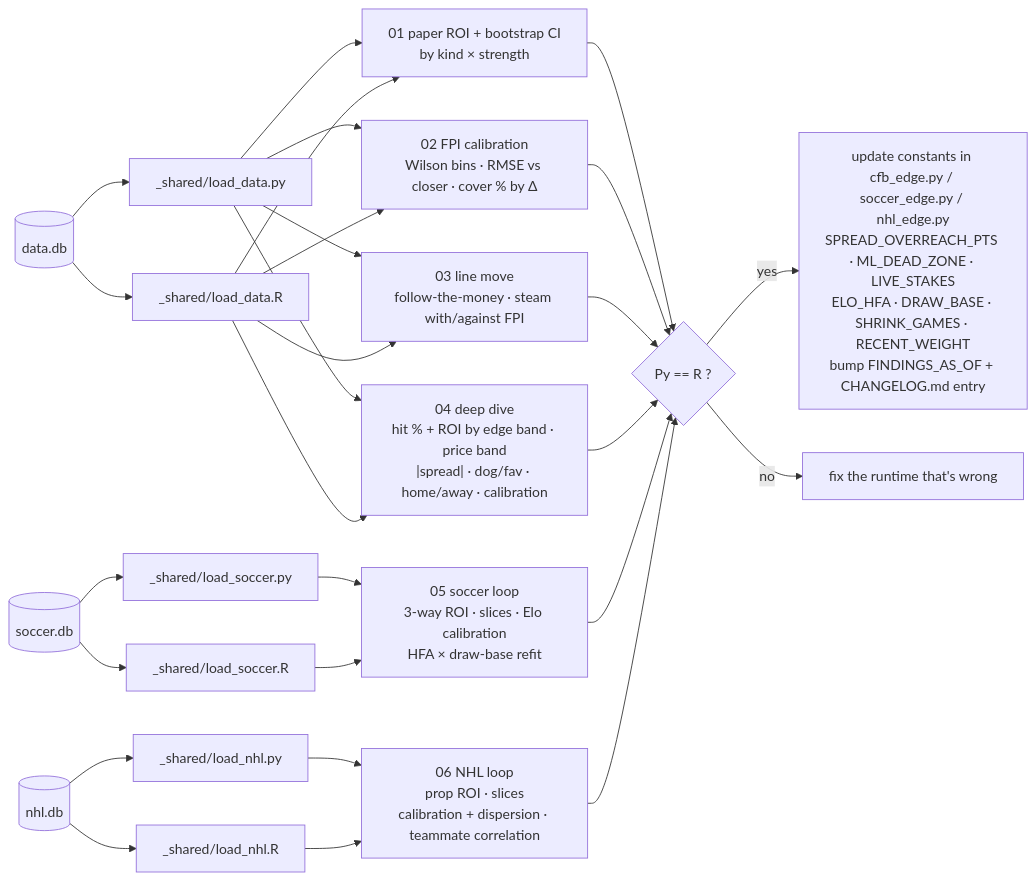
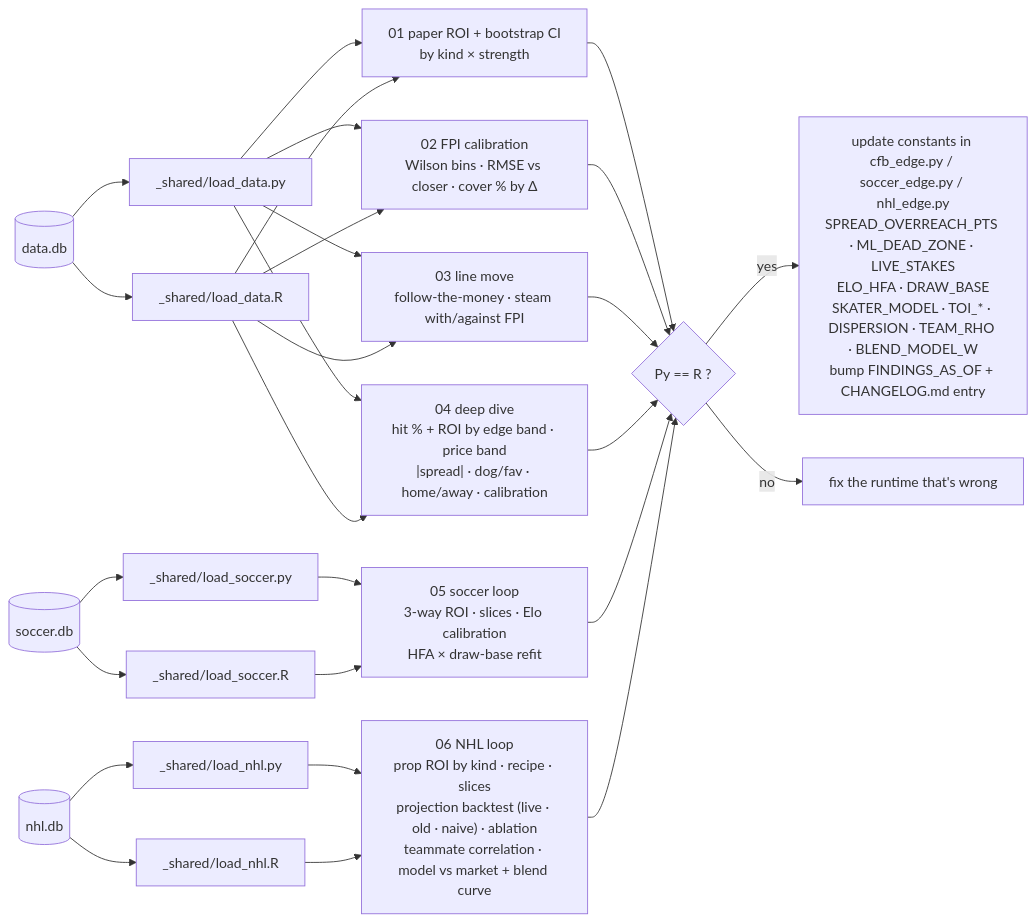
Before and after one commit to wbp318/cfb_soccer_nhl_2026_2027: the ninth of 27 diagrams in README.md, drawn with Mermaid. The commit also changed other lines of this file and 10 other files, not shown here.

````diff
--- a/README.md
+++ b/README.md
@@ -594,18 +595,18 @@
 ```mermaid
 flowchart LR
     DB[("data.db")] --> L1["_shared/load_data.py"]
     DB --> L2["_shared/load_data.R"]
     L1 & L2 --> S1["01 paper ROI + bootstrap CI\nby kind × strength"]
     L1 & L2 --> S2["02 FPI calibration\nWilson bins · RMSE vs closer · cover % by Δ"]
     L1 & L2 --> S3["03 line move\nfollow-the-money · steam with/against FPI"]
     L1 & L2 --> S4["04 deep dive\nhit % + ROI by edge band · price band\n|spread| · dog/fav · home/away · calibration"]
     SDB[("soccer.db")] --> L3["_shared/load_soccer.py"]
     SDB --> L4["_shared/load_soccer.R"]
     L3 & L4 --> S5["05 soccer loop\n3-way ROI · slices · Elo calibration\nHFA × draw-base refit"]
     NDB[("nhl.db")] --> L5["_shared/load_nhl.py"]
     NDB --> L6["_shared/load_nhl.R"]
-    L5 & L6 --> S6["06 NHL loop\nprop ROI · slices\ncalibration + dispersion · teammate correlation"]
+    L5 & L6 --> S6["06 NHL loop\nprop ROI by kind · recipe · slices\nprojection backtest (live · old · naive) · ablation\nteammate correlation · model vs market + blend curve"]
     S1 & S2 & S3 & S4 & S5 & S6 --> V{"Py == R ?"}
-    V -- yes --> C["update constants in cfb_edge.py / soccer_edge.py / nhl_edge.py\nSPREAD_OVERREACH_PTS · ML_DEAD_ZONE · LIVE_STAKES\nELO_HFA · DRAW_BASE · SHRINK_GAMES · RECENT_WEIGHT\nbump FINDINGS_AS_OF + CHANGELOG.md entry"]
+    V -- yes --> C["update constants in cfb_edge.py / soccer_edge.py / nhl_edge.py\nSPREAD_OVERREACH_PTS · ML_DEAD_ZONE · LIVE_STAKES\nELO_HFA · DRAW_BASE\nSKATER_MODEL · TOI_* · DISPERSION · TEAM_RHO · BLEND_MODEL_W\nbump FINDINGS_AS_OF + CHANGELOG.md entry"]
     V -- no --> BUG["fix the runtime that's wrong"]
 ```
````
